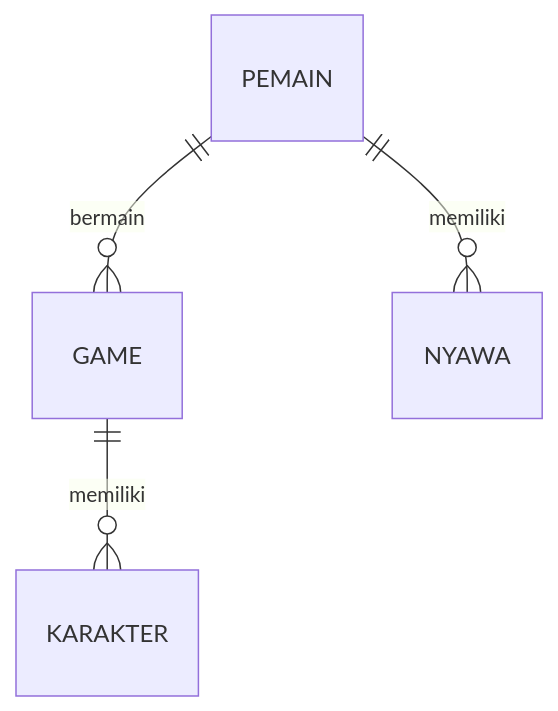
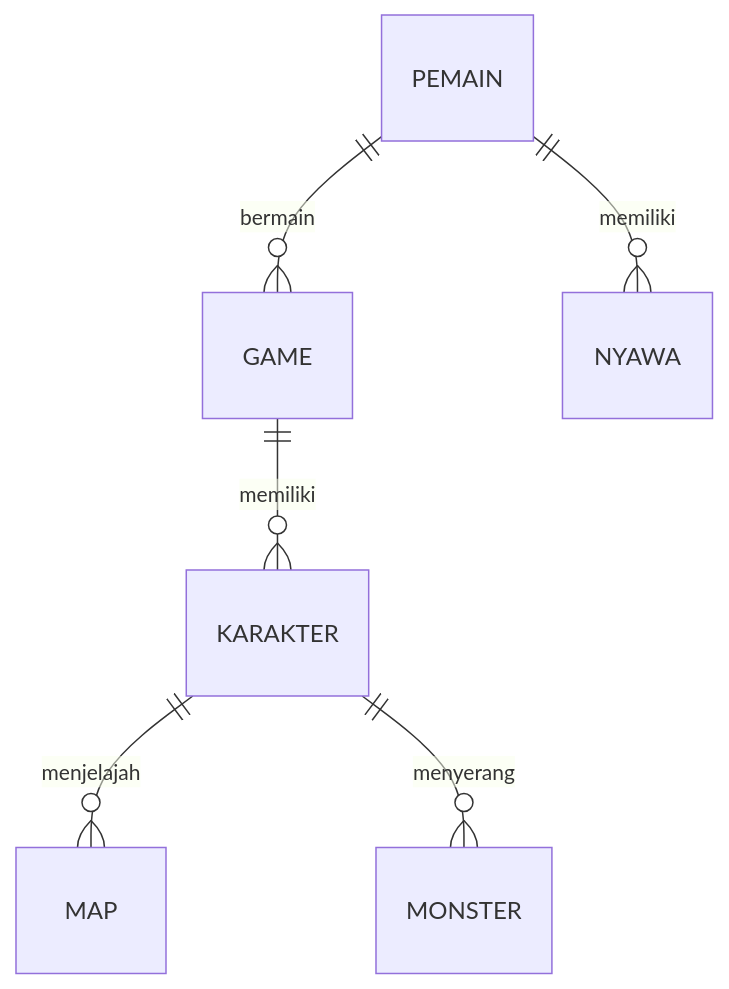
Before and after one commit to Daapputra/ProjekUTS: the first of 2 diagrams in Kibo The Explorer.md, drawn with Mermaid. The commit also changed other lines of this file, not shown here.

````diff
--- a/Kibo The Explorer.md
+++ b/Kibo The Explorer.md
@@ -56,8 +64,9 @@
  ```mermaid
 erDiagram
    
-    GAME||--o{ KARAKTER : memiliki
+    GAME||--o{ KARAKTER : memiliki  
     PEMAIN ||--o{ GAME : bermain
     PEMAIN ||--o{ NYAWA : memiliki
-
+    KARAKTER ||--o{ MAP : menjelajah
+    KARAKTER ||--O{ MONSTER : menyerang
 ```
````
